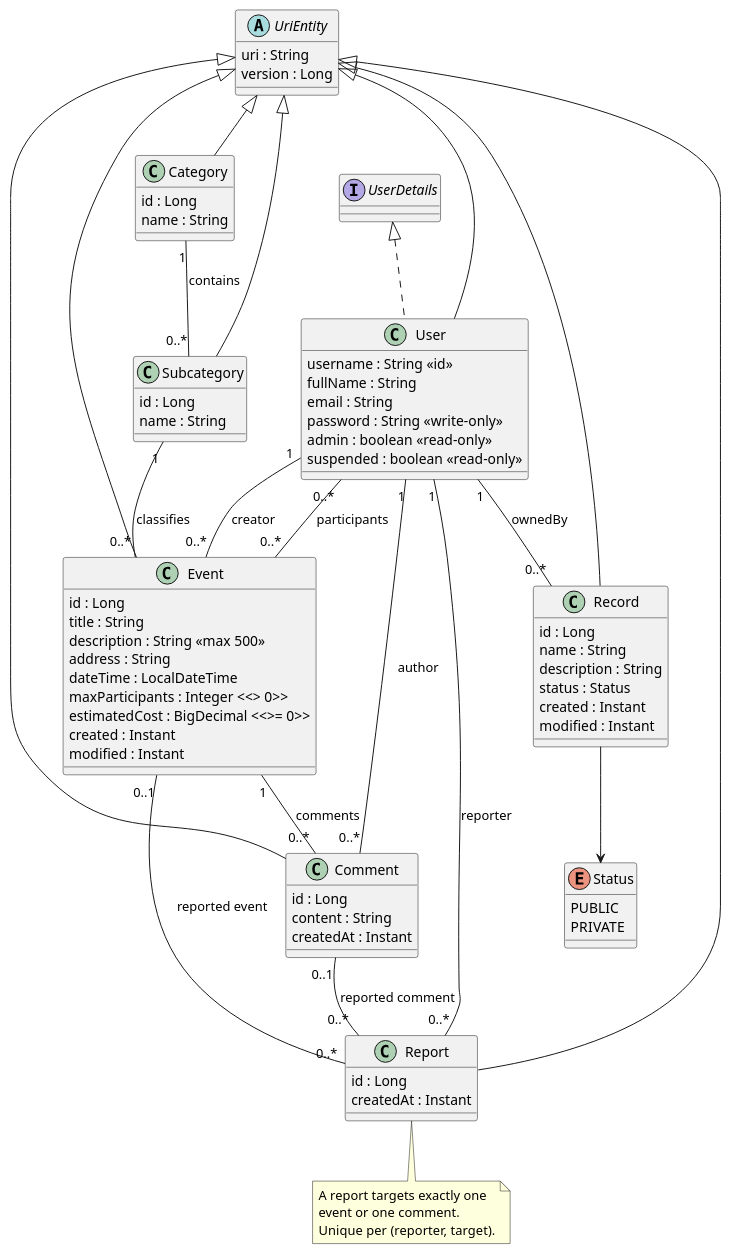
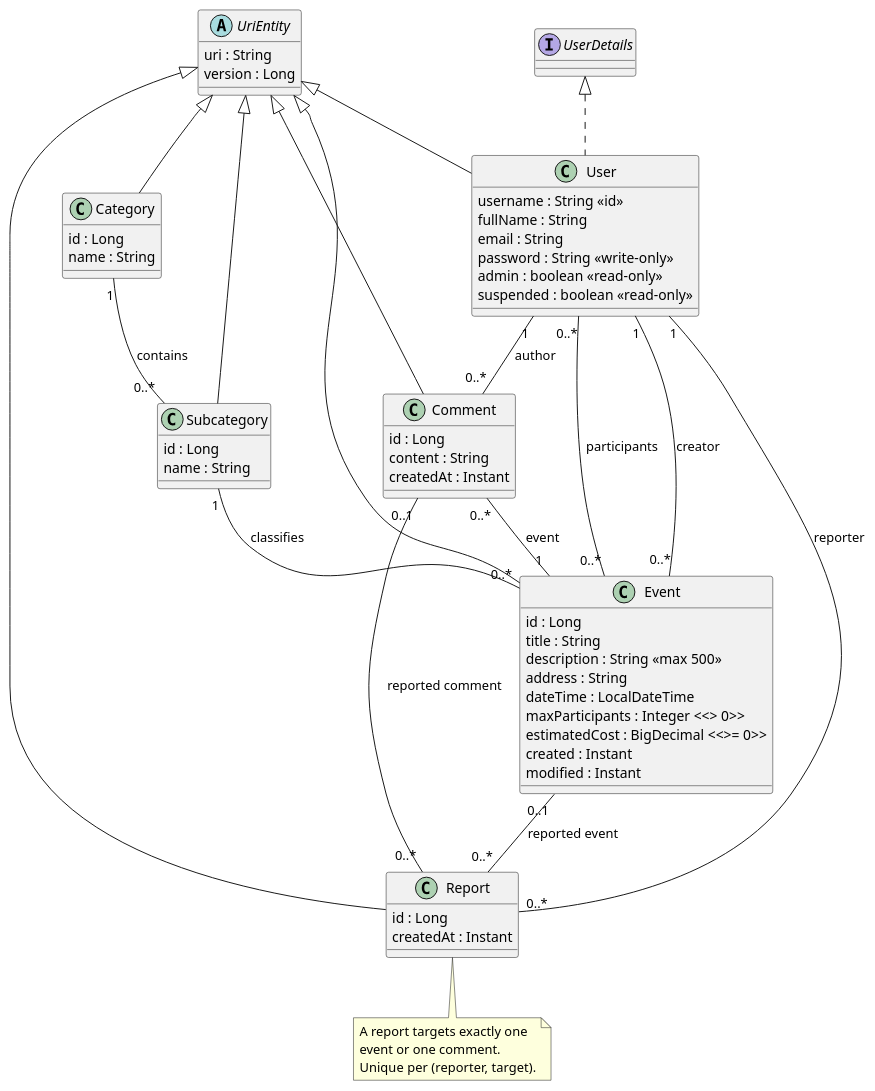
The diagram in EntitiesModel.puml (UdL-EPS-SoftArch/spring-template), drawn with PlantUML before and after one commit. The commit also changed 22 other files, not shown here.

```diff
--- a/EntitiesModel.puml
+++ b/EntitiesModel.puml
@@ -1,81 +1,65 @@
 @startuml
 
 interface UserDetails
 
 abstract class UriEntity {
   uri : String
   version : Long
 }
 
 class User extends UriEntity implements UserDetails {
   username : String <<id>>
   fullName : String
   email : String
   password : String <<write-only>>
   admin : boolean <<read-only>>
   suspended : boolean <<read-only>>
 }
 
 class Category extends UriEntity {
   id : Long
   name : String
 }
 
 class Subcategory extends UriEntity {
   id : Long
   name : String
 }
 
 class Event extends UriEntity {
   id : Long
   title : String
   description : String <<max 500>>
   address : String
   dateTime : LocalDateTime
   maxParticipants : Integer <<> 0>>
   estimatedCost : BigDecimal <<>= 0>>
   created : Instant
   modified : Instant
 }
 
 class Comment extends UriEntity {
   id : Long
   content : String
   createdAt : Instant
 }
 
 class Report extends UriEntity {
   id : Long
   createdAt : Instant
 }
 
-class Record extends UriEntity {
-  id : Long
-  name : String
-  description : String
-  status : Status
-  created : Instant
-  modified : Instant
-}
-
-enum Status {
-  PUBLIC
-  PRIVATE
-}
-
 Category "1" -- "0..*" Subcategory : contains
 Subcategory "1" -- "0..*" Event : classifies
 User "1" -- "0..*" Event : creator
 Event "0..*" -- "0..*" User : participants
-Event "1" -- "0..*" Comment : comments
+Comment "0..*" -- "1" Event : event
 User "1" -- "0..*" Comment : author
-User "1" -- "0..*" Record : ownedBy
 User "1" -- "0..*" Report : reporter
 Event "0..1" -- "0..*" Report : reported event
 Comment "0..1" -- "0..*" Report : reported comment
-Record --> Status
 
 note "A report targets exactly one\nevent or one comment.\nUnique per (reporter, target)." as N1
 Report .. N1
 
 @enduml
```
